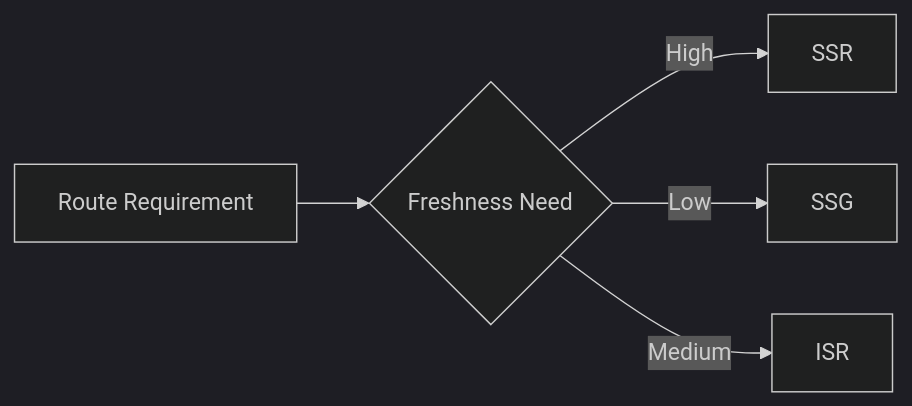
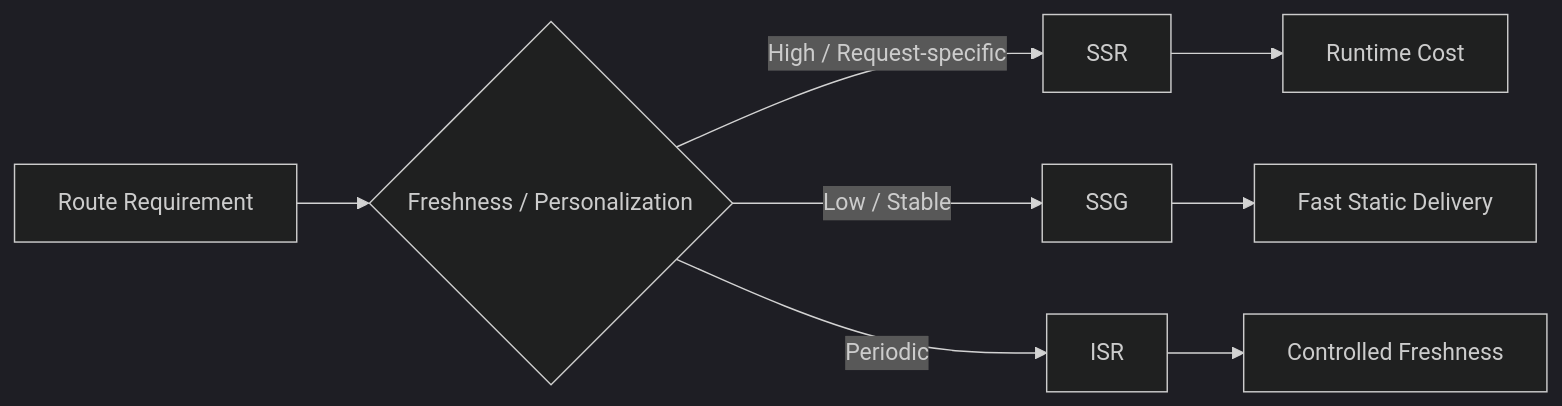
One commit to kaushalkumar8459/CodingTerminal-Tutorial-Notes changed the diagram in tutorial-platform/public/tutorials/react/day-077-ssr-ssg-isr.md. Above: the diagram before and after it, drawn with Mermaid (dark theme). The commit also changed other lines of this file, not shown here.

Commit message:
Enhance Day 77 SSR SSG ISR without changing structure

````diff
--- a/tutorial-platform/public/tutorials/react/day-077-ssr-ssg-isr.md
+++ b/tutorial-platform/public/tutorials/react/day-077-ssr-ssg-isr.md
@@ -171,7 +182,10 @@
 ```mermaid
 flowchart LR
-		A[Route Requirement] --> B{Freshness Need}
-		B -->|High| C[SSR]
-		B -->|Low| D[SSG]
-		B -->|Medium| E[ISR]
+		A[Route Requirement] --> B{Freshness / Personalization}
+		B -->|High / Request-specific| C[SSR]
+		B -->|Low / Stable| D[SSG]
+		B -->|Periodic| E[ISR]
+		C --> F[Runtime Cost]
+		D --> G[Fast Static Delivery]
+		E --> H[Controlled Freshness]
 ```
````
